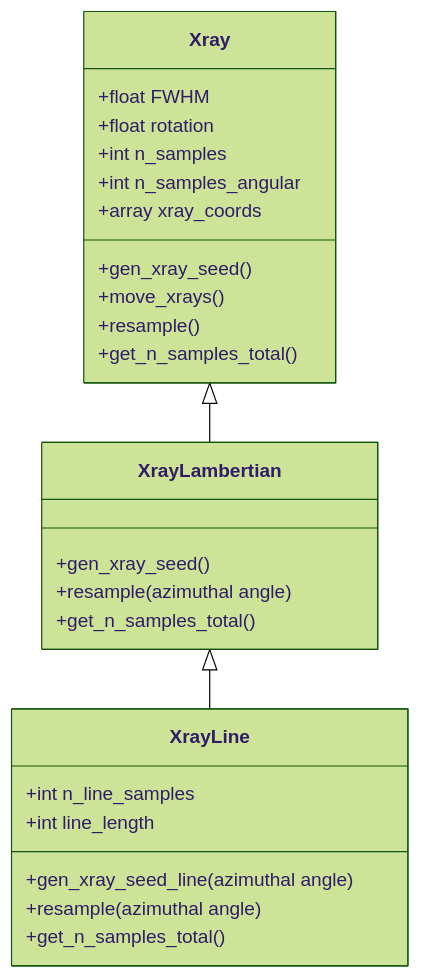
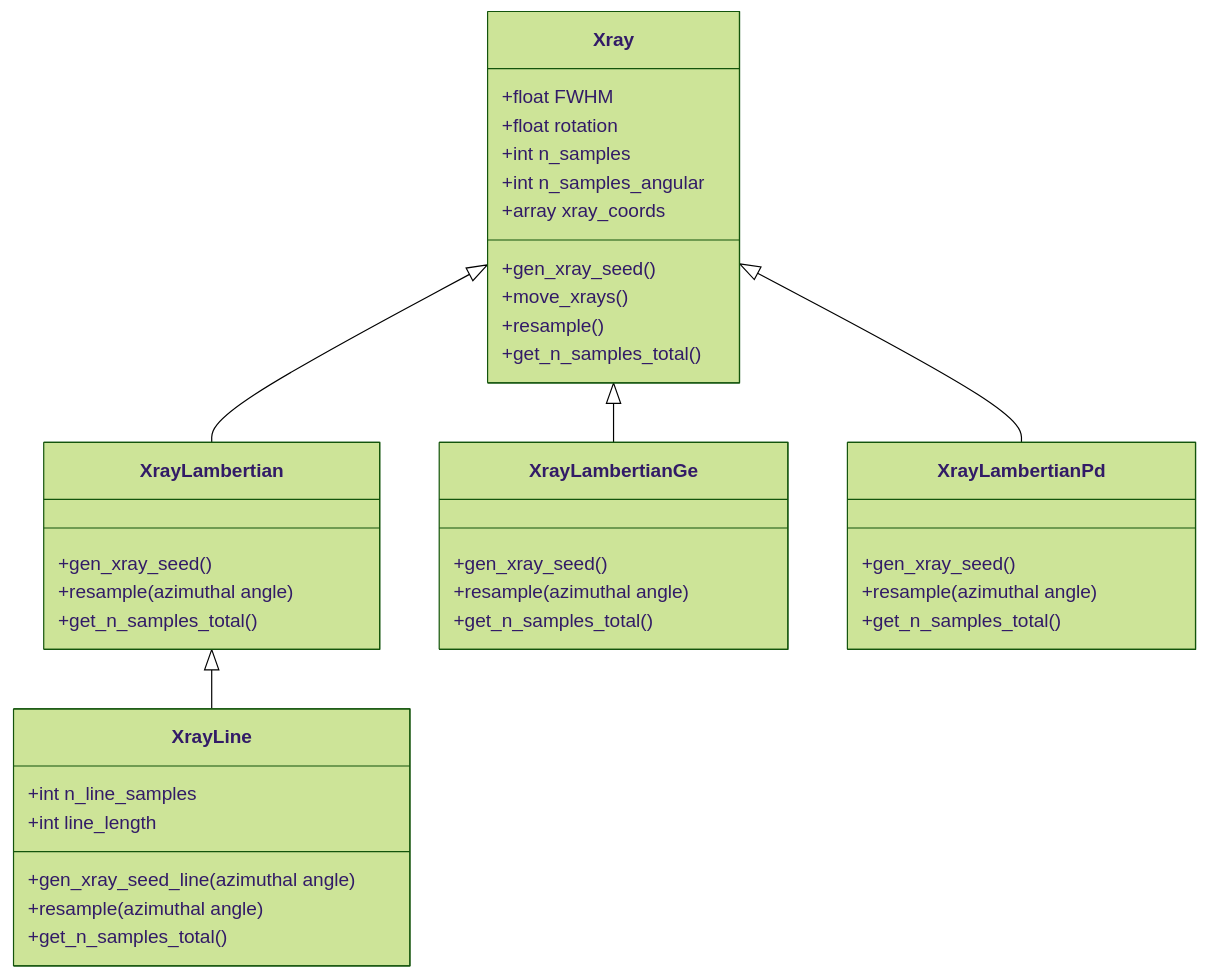
One commit to genericaccountname15/MakingMatterfromLight2025 changed the first of 3 diagrams in README.md. Above: the diagram before and after it, drawn with Mermaid (forest theme).

````diff
--- a/README.md
+++ b/README.md
@@ -60,26 +60,38 @@
 ```mermaid
 classDiagram
     Xray <|-- XrayLambertian
+    Xray <|-- XrayLambertianGe
+    Xray <|-- XrayLambertianPd
     XrayLambertian <|-- XrayLine
     Xray : +float FWHM
     Xray : +float rotation
     Xray : +int n_samples
     Xray : +int n_samples_angular
     Xray : +array xray_coords
     Xray : +gen_xray_seed()
     Xray : +move_xrays()
     Xray : +resample()
     Xray : +get_n_samples_total()
     class XrayLambertian {
         +gen_xray_seed()
         +resample(azimuthal angle)
         +get_n_samples_total()
     }
+    class XrayLambertianGe {
+        +gen_xray_seed()
+        +resample(azimuthal angle)
+        +get_n_samples_total()
+    }
+    class XrayLambertianPd {
+        +gen_xray_seed()
+        +resample(azimuthal angle)
+        +get_n_samples_total()
+    }
     class XrayLine {
         +int n_line_samples
         +int line_length
         +gen_xray_seed_line(azimuthal angle)
         +resample(azimuthal angle)
         +get_n_samples_total()
     }
 ```
````
